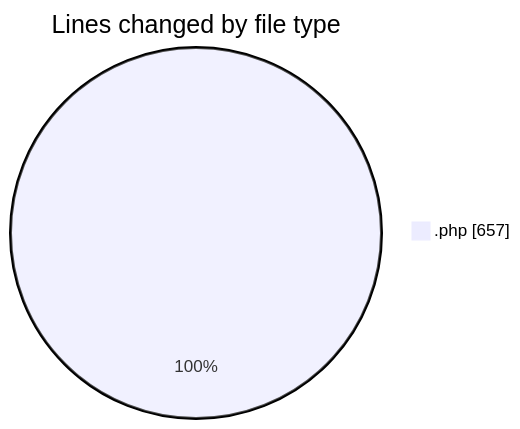
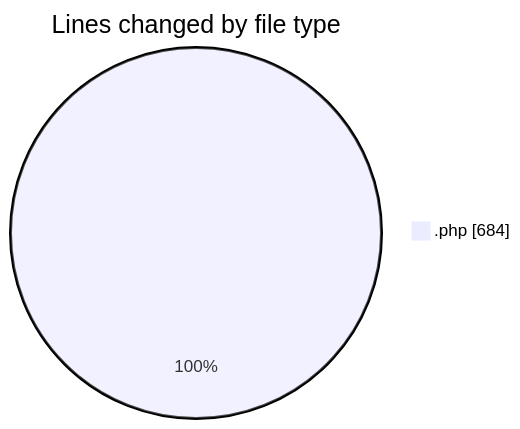
The first of 2 diagrams in 2025-10-14/untitled__workspace_/README.md (debugP/code-tracking), drawn with Mermaid before and after one commit. The commit also changed other lines of this file and 1 other file, not shown here.

````diff
--- a/2025-10-14/untitled__workspace_/README.md
+++ b/2025-10-14/untitled__workspace_/README.md
@@ -20,5 +20,5 @@
 ```mermaid
 pie showData
 title Lines changed by file type
-".php" : 657
+".php" : 684
 ```
````
